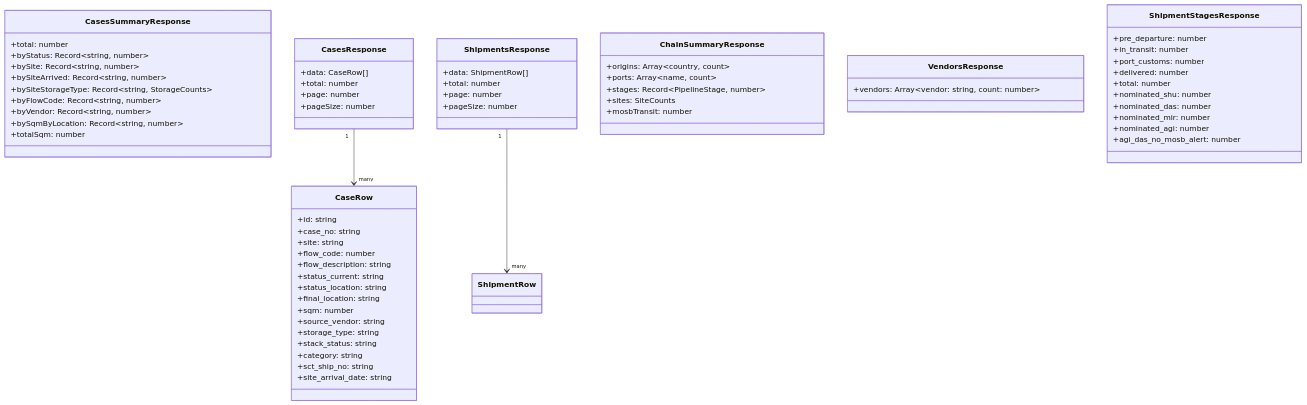
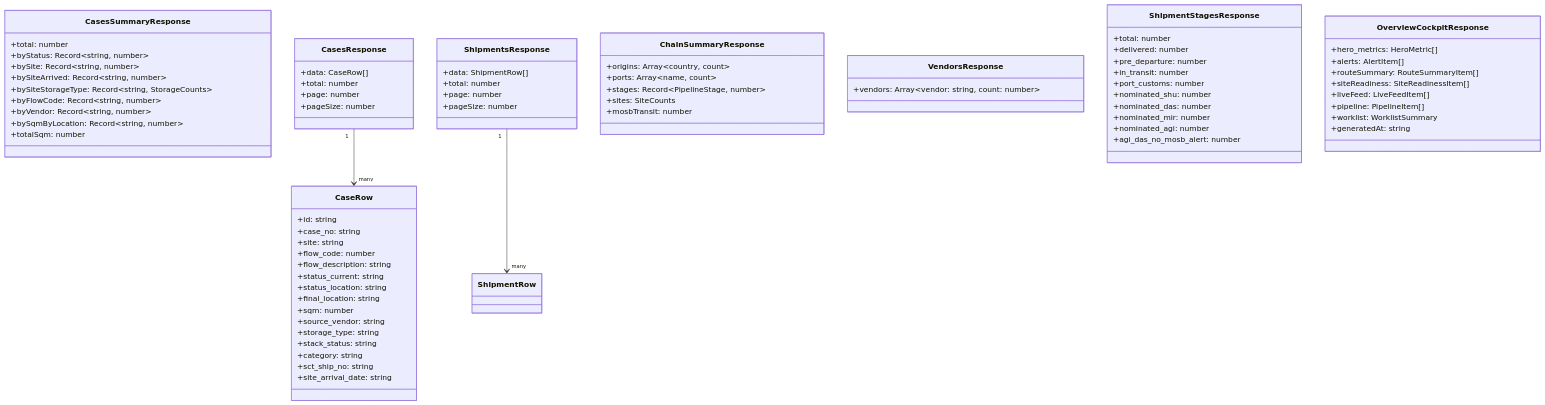
Before and after one commit to macho715/logi_hvdc_dash: the tenth of 21 diagrams in apps/logistics-dashboard/docs/SYSTEM-ARCHITECTURE.md, drawn with Mermaid. The commit also changed other lines of this file and 4 other files, not shown here.

````diff
--- a/apps/logistics-dashboard/docs/SYSTEM-ARCHITECTURE.md
+++ b/apps/logistics-dashboard/docs/SYSTEM-ARCHITECTURE.md
@@ -475,11 +531,11 @@
     }
 
     class ShipmentStagesResponse {
+        +total: number
+        +delivered: number
         +pre_departure: number
         +in_transit: number
         +port_customs: number
-        +delivered: number
-        +total: number
         +nominated_shu: number
         +nominated_das: number
         +nominated_mir: number
@@ -487,6 +543,17 @@
         +agi_das_no_mosb_alert: number
     }
 
+    class OverviewCockpitResponse {
+        +hero_metrics: HeroMetric[]
+        +alerts: AlertItem[]
+        +routeSummary: RouteSummaryItem[]
+        +siteReadiness: SiteReadinessItem[]
+        +liveFeed: LiveFeedItem[]
+        +pipeline: PipelineItem[]
+        +worklist: WorklistSummary
+        +generatedAt: string
+    }
+
     CasesResponse "1" --> "many" CaseRow
     ShipmentsResponse "1" --> "many" ShipmentRow
 ```
````
